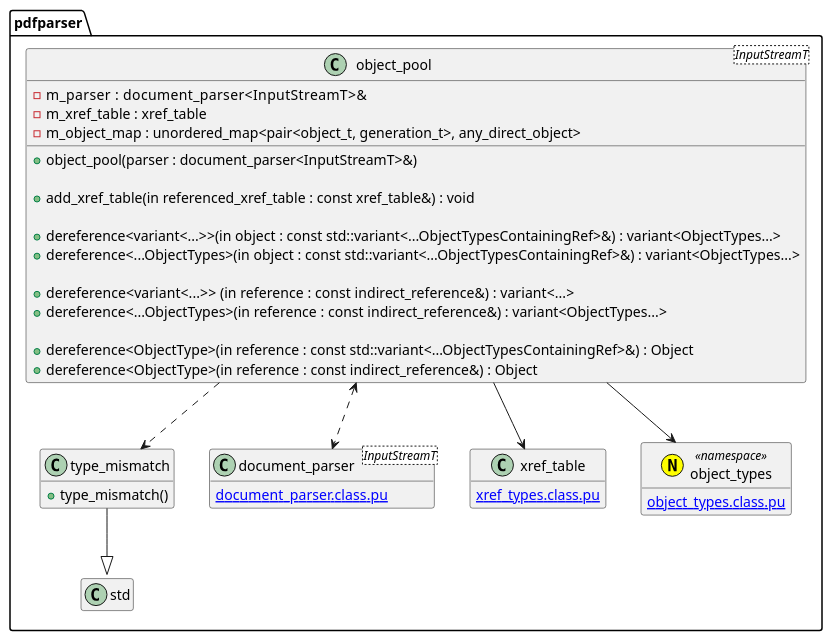
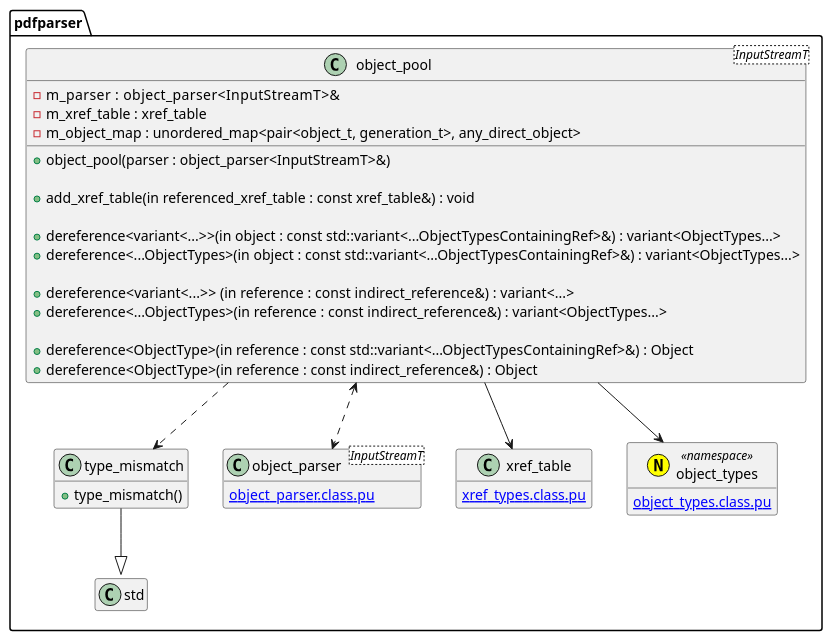
Before and after one commit to KodaiYM/PDFReader: the diagram in document/document_reader/object_pool/object_pool.class.pu, drawn with PlantUML. The commit also changed 38 other files, not shown here.

Commit message:
document_reader を page_tree_parser, page_parser, contents_parser に分割

```diff
--- a/document/document_reader/object_pool/object_pool.class.pu
+++ b/document/document_reader/object_pool/object_pool.class.pu
@@ -1,44 +1,44 @@
 @startuml object_pool
 hide empty members
 namespace pdfparser {
 class type_mismatch {
 	+type_mismatch()
 }
 type_mismatch --|> std::runtime_error
 
 class object_pool<InputStreamT> {
-	-m_parser     : document_parser<InputStreamT>&
+	-m_parser     : object_parser<InputStreamT>&
 	-m_xref_table : xref_table
 	-m_object_map : unordered_map<pair<object_t, generation_t>, any_direct_object>
 
-	+object_pool(parser : document_parser<InputStreamT>&)
+	+object_pool(parser : object_parser<InputStreamT>&)
 
 	+add_xref_table(in referenced_xref_table : const xref_table&) : void
 
 	' NOTE: variant 版は必要になったら実装
 	+dereference<variant<...>>(in object : const std::variant<...ObjectTypesContainingRef>&) : variant<ObjectTypes...>
 	+dereference<...ObjectTypes>(in object : const std::variant<...ObjectTypesContainingRef>&) : variant<ObjectTypes...>
 
 	' NOTE: variant 版は必要になったら実装
 	+dereference<variant<...>>  (in reference : const indirect_reference&) : variant<...>
 	+dereference<...ObjectTypes>(in reference : const indirect_reference&) : variant<ObjectTypes...>
 
 	+dereference<ObjectType>(in reference : const std::variant<...ObjectTypesContainingRef>&) : Object
 	+dereference<ObjectType>(in reference : const indirect_reference&) : Object
 }
-object_pool <..> document_parser
+object_pool <..> object_parser
 object_pool --> xref_table
 object_pool --> object_types
 object_pool ..> type_mismatch
 
-class document_parser<InputStreamT> {
-	[[document_parser.class.pu]]
+class object_parser<InputStreamT> {
+	[[object_parser.class.pu]]
 }
 class xref_table {
 	[[xref_types.class.pu]]
 }
 annotation object_types <<(N, yellow) namespace>> {
 	[[object_types.class.pu]]
 }
 }
 @enduml
```
